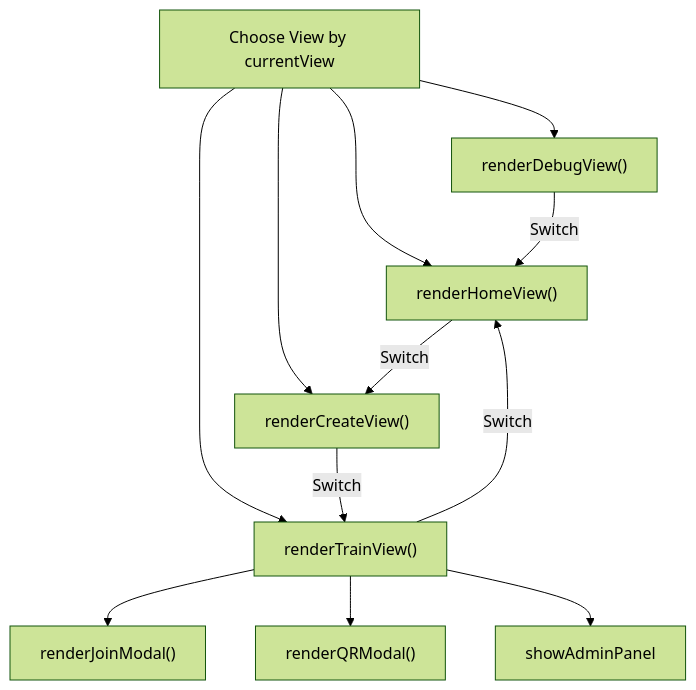
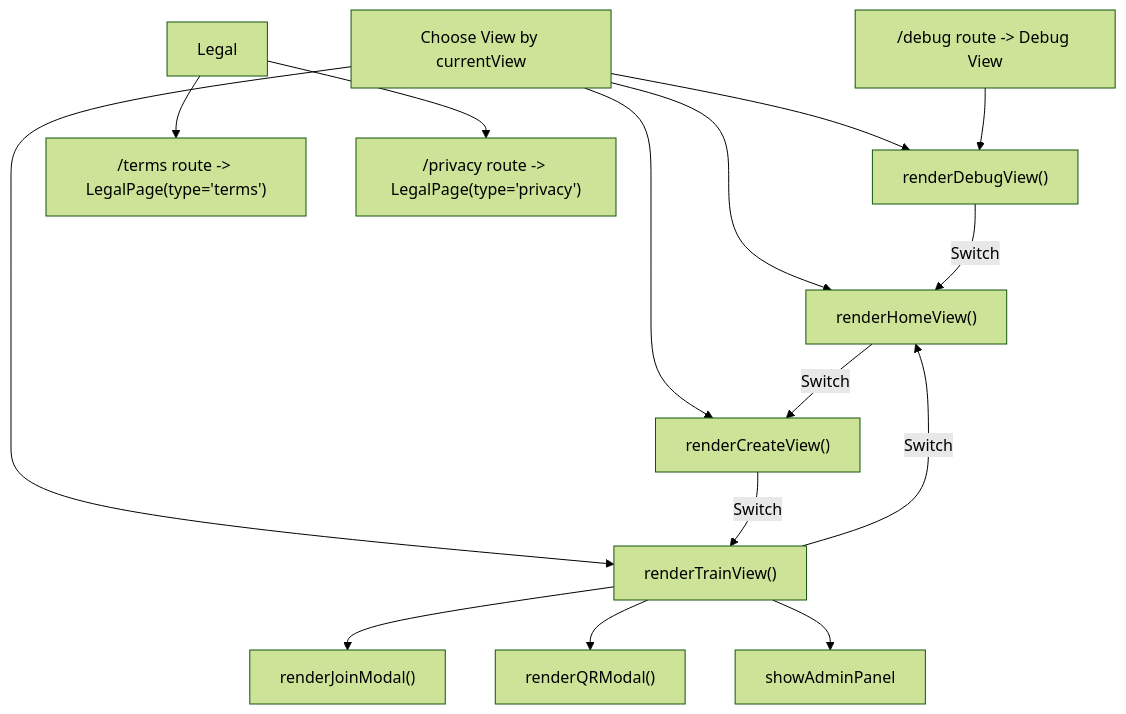
The tenth of 19 diagrams in .qoder/repowiki/en/content/Application Architecture.md (TheBooleanJulian/followtrain-v2), drawn with Mermaid (forest theme) before and after one commit. The commit also changed other lines of this file and 202 other files, not shown here.

````diff
--- a/.qoder/repowiki/en/content/Application Architecture.md
+++ b/.qoder/repowiki/en/content/Application Architecture.md
@@ -327,14 +494,17 @@
 ```mermaid
 flowchart TD
 Choose["Choose View by currentView"] --> Home["renderHomeView()"]
 Choose --> Create["renderCreateView()"]
 Choose --> Train["renderTrainView()"]
 Choose --> Debug["renderDebugView()"]
 Train --> JoinModal["renderJoinModal()"]
 Train --> QRModal["renderQRModal()"]
 Train --> AdminPanel["showAdminPanel"]
 Home --> |Switch| Create
 Create --> |Switch| Train
 Debug --> |Switch| Home
 Train --> |Switch| Home
+Legal --> Terms["/terms route -> LegalPage(type='terms')"]
+Legal --> Privacy["/privacy route -> LegalPage(type='privacy')"]
+DebugRoute["/debug route -> Debug View"] --> Debug
 ```
````
